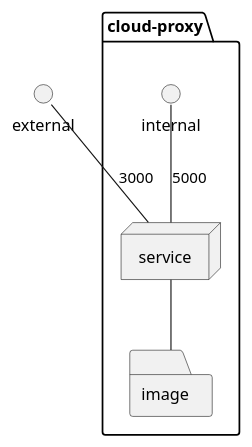
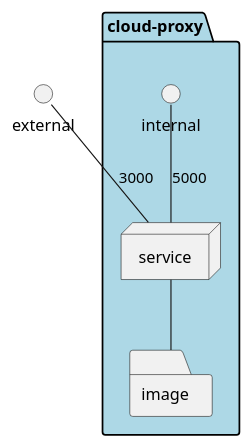
One commit to CAADE/C3 changed the diagram in docs/Solution/Services/cloud-proxy/Deployment.puml. Above: the diagram before and after it, drawn with PlantUML. The commit also changed 397 other files, not shown here.

```diff
--- a/docs/Solution/Services/cloud-proxy/Deployment.puml
+++ b/docs/Solution/Services/cloud-proxy/Deployment.puml
@@ -1,14 +1,14 @@
 @startuml
 
 interface external
 
-package  "cloud-proxy" {
+package  "cloud-proxy" #lightblue {
   interface internal
   node service
   folder image
 }
 service -- image
 external -- service : 3000
 internal -- service : 5000
 
 @enduml
```
